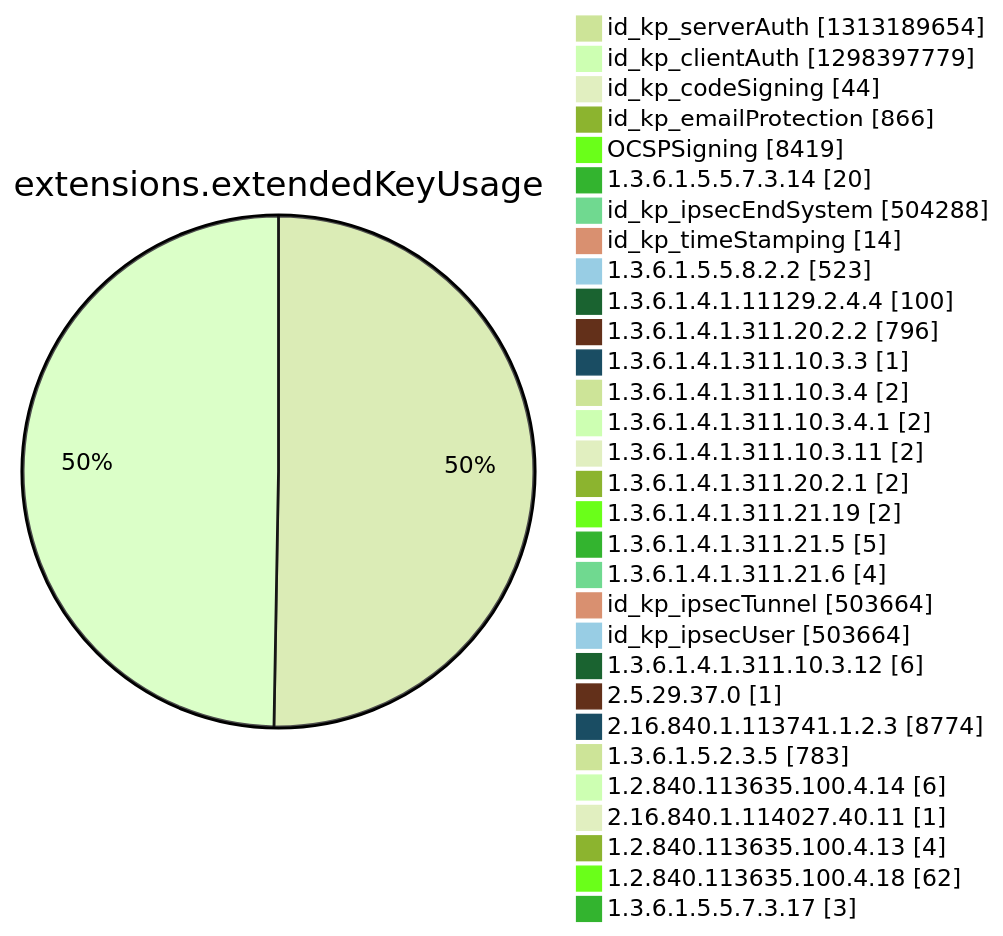
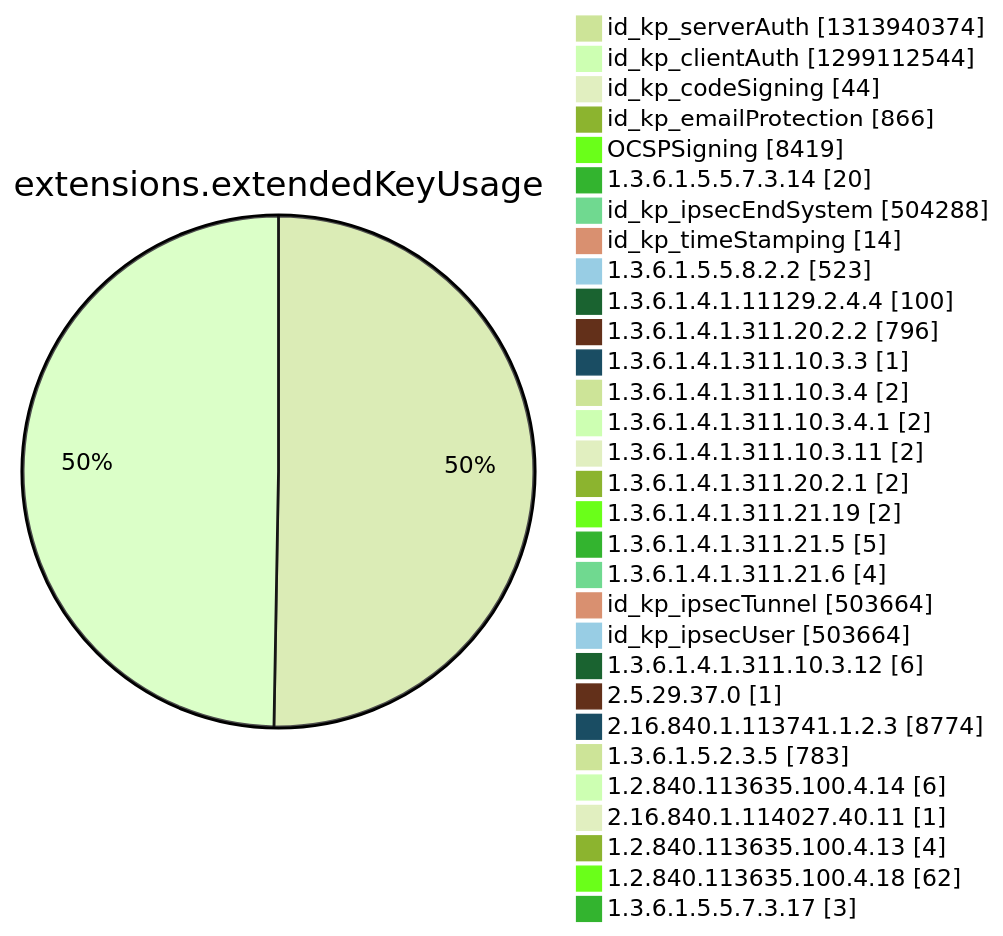
Before and after one commit to christiankrug/ctmonitor_visualization: diagram 12 of 15 in argon2022/README.md, drawn with Mermaid (forest theme). The commit also changed other lines of this file, not shown here.

````diff
--- a/argon2022/README.md
+++ b/argon2022/README.md
@@ -3552,34 +3552,34 @@
 ```mermaid
 pie showData
 title extensions.extendedKeyUsage
-"id_kp_serverAuth" :1313189654
-"id_kp_clientAuth" :1298397779
+"id_kp_serverAuth" :1313940374
+"id_kp_clientAuth" :1299112544
 "id_kp_codeSigning" :44
 "id_kp_emailProtection" :866
 "OCSPSigning" :8419
 "1.3.6.1.5.5.7.3.14" :20
 "id_kp_ipsecEndSystem" :504288
 "id_kp_timeStamping" :14
 "1.3.6.1.5.5.8.2.2" :523
 "1.3.6.1.4.1.11129.2.4.4" :100
 "1.3.6.1.4.1.311.20.2.2" :796
 "1.3.6.1.4.1.311.10.3.3" :1
 "1.3.6.1.4.1.311.10.3.4" :2
 "1.3.6.1.4.1.311.10.3.4.1" :2
 "1.3.6.1.4.1.311.10.3.11" :2
 "1.3.6.1.4.1.311.20.2.1" :2
 "1.3.6.1.4.1.311.21.19" :2
 "1.3.6.1.4.1.311.21.5" :5
 "1.3.6.1.4.1.311.21.6" :4
 "id_kp_ipsecTunnel" :503664
 "id_kp_ipsecUser" :503664
 "1.3.6.1.4.1.311.10.3.12" :6
 "2.5.29.37.0" :1
 "2.16.840.1.113741.1.2.3" :8774
 "1.3.6.1.5.2.3.5" :783
 "1.2.840.113635.100.4.14" :6
 "2.16.840.1.114027.40.11" :1
 "1.2.840.113635.100.4.13" :4
 "1.2.840.113635.100.4.18" :62
 "1.3.6.1.5.5.7.3.17" :3
 ```
````
